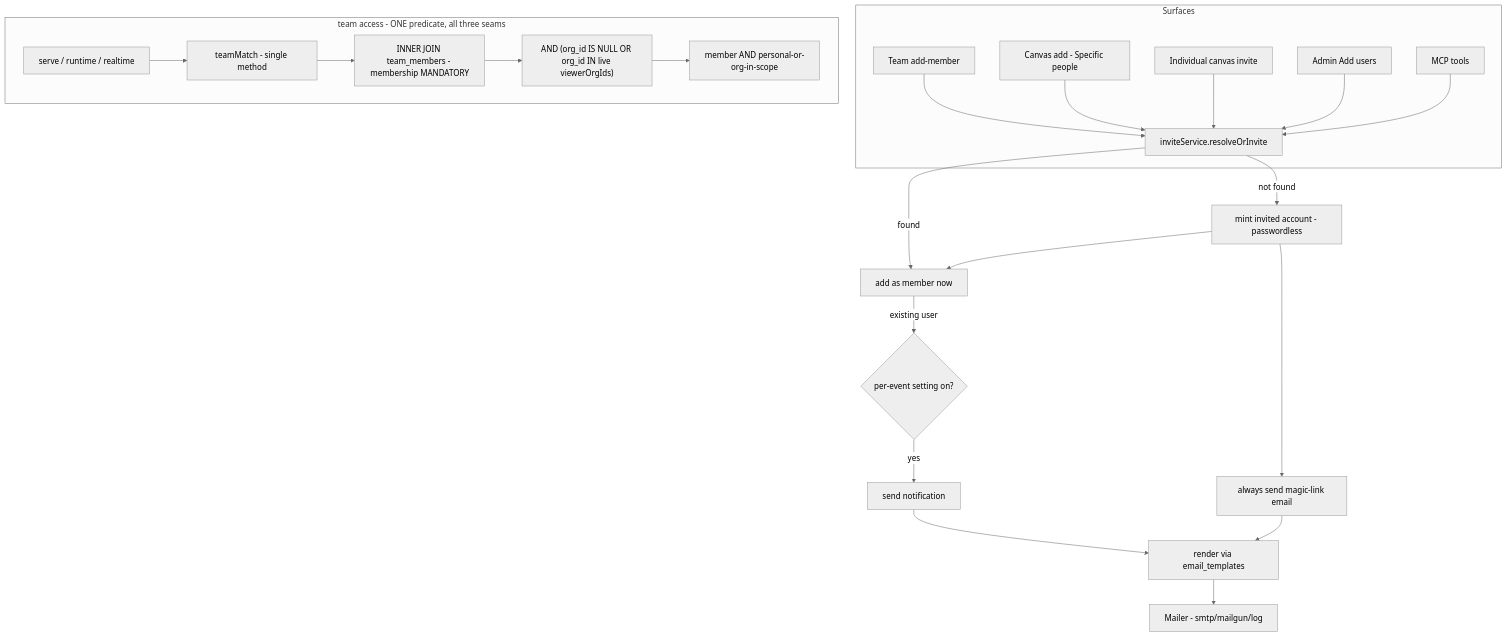
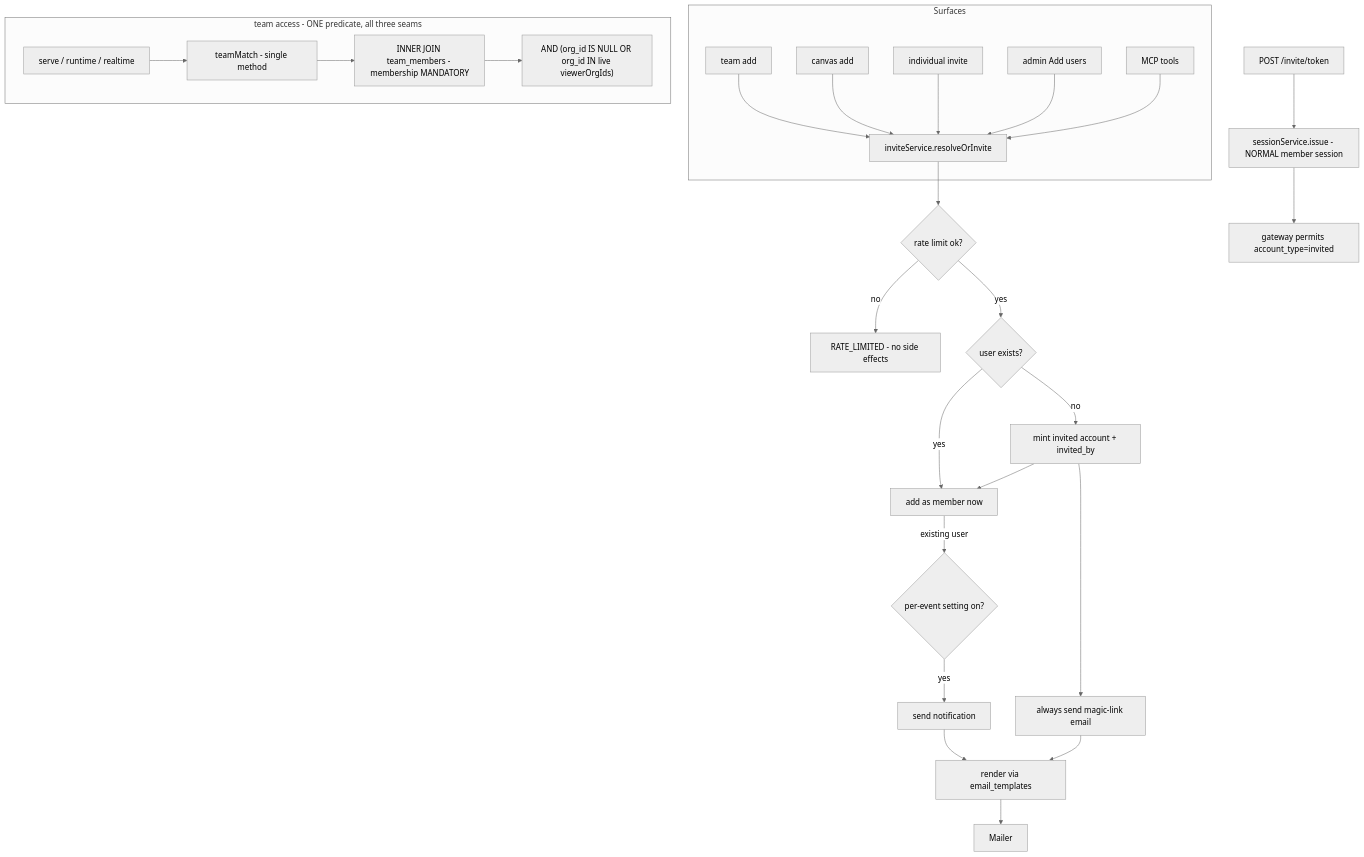
The diagram in docs/plans/2026-06-21-001-feat-personal-teams-and-invites-plan.md (markpasternak/canvas-drop), drawn with Mermaid (neutral theme) before and after one commit. The commit also changed other lines of this file, not shown here.

First line of the commit message:
docs(plan): deepen via review agents + admin-configurable invite rate limits

````diff
--- a/docs/plans/2026-06-21-001-feat-personal-teams-and-invites-plan.md
+++ b/docs/plans/2026-06-21-001-feat-personal-teams-and-invites-plan.md
@@ -198,26 +188,30 @@
 ```mermaid
 flowchart TD
   subgraph Surfaces
-    TA[Team add-member] --> INV
-    CA[Canvas add - Specific people] --> INV
-    CI[Individual canvas invite] --> INV
-    AU[Admin Add users] --> INV
+    TA[team add] --> INV
+    CA[canvas add] --> INV
+    CI[individual invite] --> INV
+    AU[admin Add users] --> INV
     MCP[MCP tools] --> INV
   end
-  INV[inviteService.resolveOrInvite] -->|found| ADD[add as member now]
-  INV -->|not found| NEW[mint invited account - passwordless]
+  INV[inviteService.resolveOrInvite] --> RL{rate limit ok?}
+  RL -->|no| REJ[RATE_LIMITED - no side effects]
+  RL -->|yes| FIND{user exists?}
+  FIND -->|yes| ADD[add as member now]
+  FIND -->|no| NEW[mint invited account + invited_by]
   NEW --> ADD
   NEW --> LINK[always send magic-link email]
   ADD -->|existing user| NOTIFY{per-event setting on?}
   NOTIFY -->|yes| MAIL[send notification]
   LINK --> TPL[render via email_templates]
   MAIL --> TPL
-  TPL --> MAILER[Mailer - smtp/mailgun/log]
+  TPL --> MAILER[Mailer]
+  REDEEM["POST /invite/token"] --> SESS[sessionService.issue - NORMAL member session]
+  SESS --> GW[gateway permits account_type=invited]
 
   subgraph AccessInvariant[team access - ONE predicate, all three seams]
     SEAMS[serve / runtime / realtime] --> TM[teamMatch - single method]
     TM --> JOIN[INNER JOIN team_members - membership MANDATORY]
     JOIN --> GATE["AND (org_id IS NULL OR org_id IN live viewerOrgIds)"]
-    GATE --> OUT[member AND personal-or-org-in-scope]
   end
 ```
````
